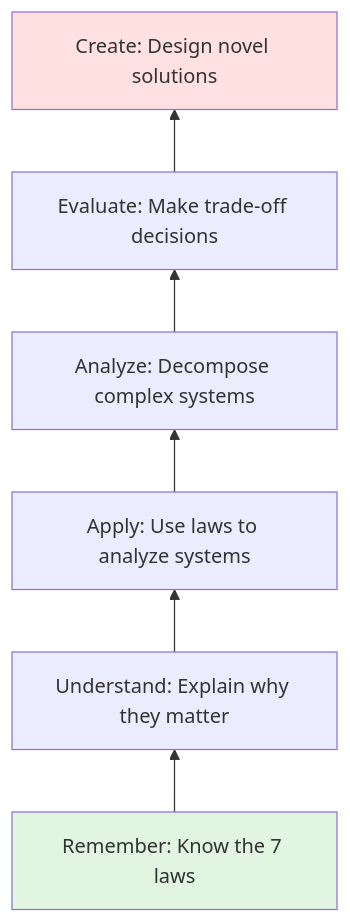
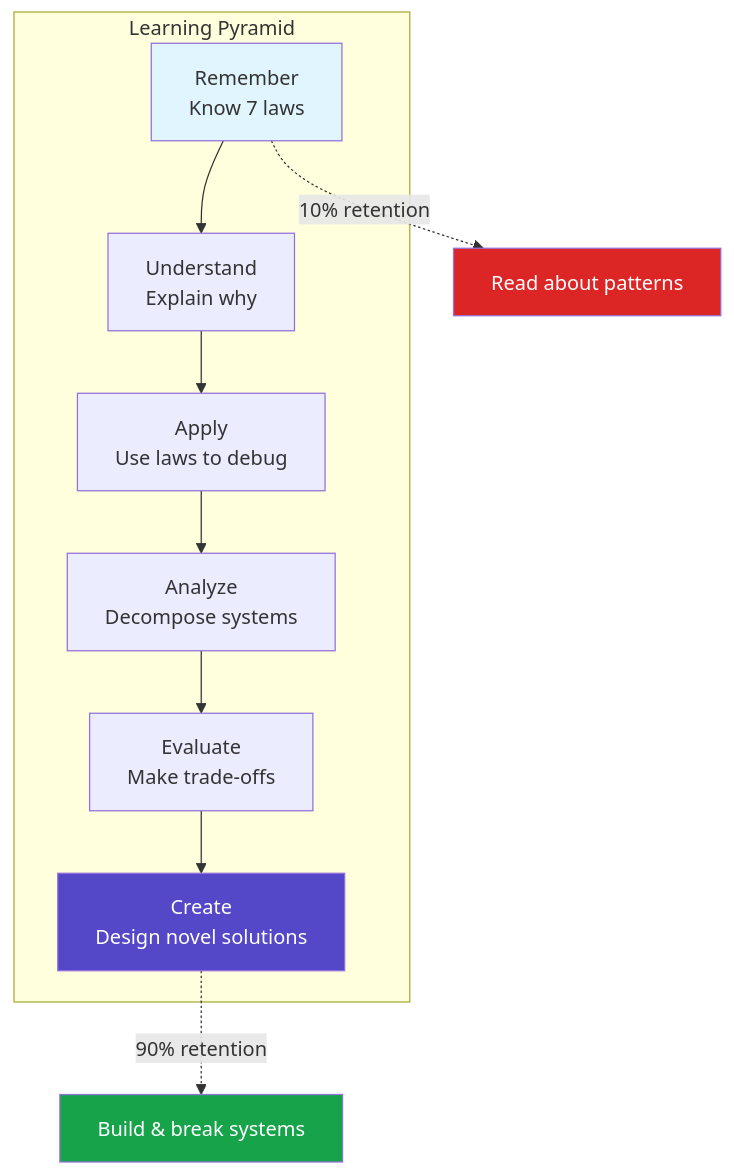
One commit to deepaucksharma/DStudio changed the second of 10 diagrams in docs/introduction/philosophy.md. Above: the diagram before and after it, drawn with Mermaid. The commit also changed other lines of this file and 492 other files, not shown here.

````diff
--- a/docs/introduction/philosophy.md
+++ b/docs/introduction/philosophy.md
@@ -52,11 +46,21 @@
 ```mermaid
-graph BT
-    A[Remember: Know the 7 laws] --> B[Understand: Explain why they matter]
-    B --> C[Apply: Use laws to analyze systems]
-    C --> D[Analyze: Decompose complex systems]
-    D --> E[Evaluate: Make trade-off decisions]
-    E --> F[Create: Design novel solutions]
-
-    style A fill:#e1f5e1
-    style F fill:#ffe1e1
+graph TD
+    subgraph "Learning Pyramid"
+        F["Create<br/>Design novel solutions"] 
+        E["Evaluate<br/>Make trade-offs"]
+        D["Analyze<br/>Decompose systems"]
+        C["Apply<br/>Use laws to debug"]
+        B["Understand<br/>Explain why"]
+        A["Remember<br/>Know 7 laws"]
+    end
+    
+    A --> B --> C --> D --> E --> F
+    
+    A -.->|"10% retention"| Passive["Read about patterns"]
+    F -.->|"90% retention"| Active["Build & break systems"]
+    
+    style F fill:#5448C8,color:#fff
+    style A fill:#e1f5fe
+    style Active fill:#16a34a,color:#fff
+    style Passive fill:#dc2626,color:#fff
 ```
````
